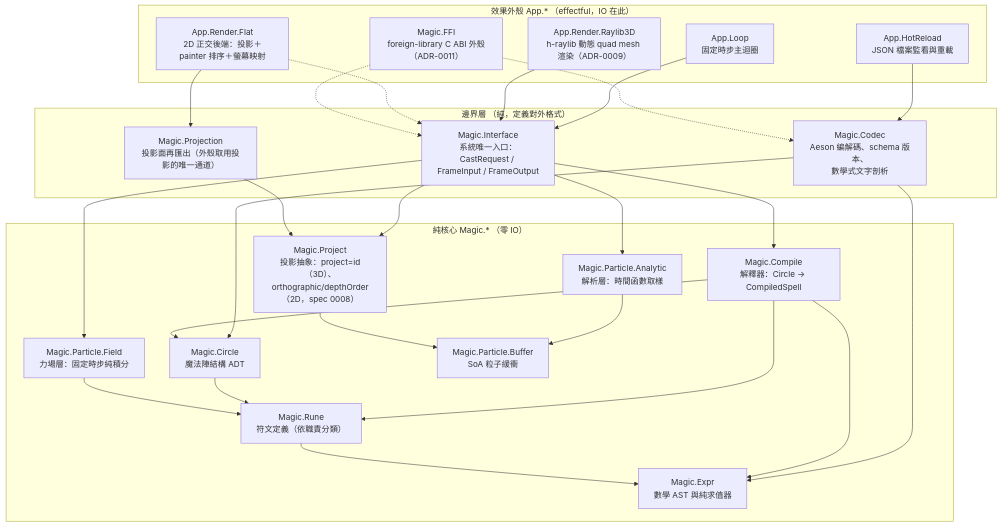
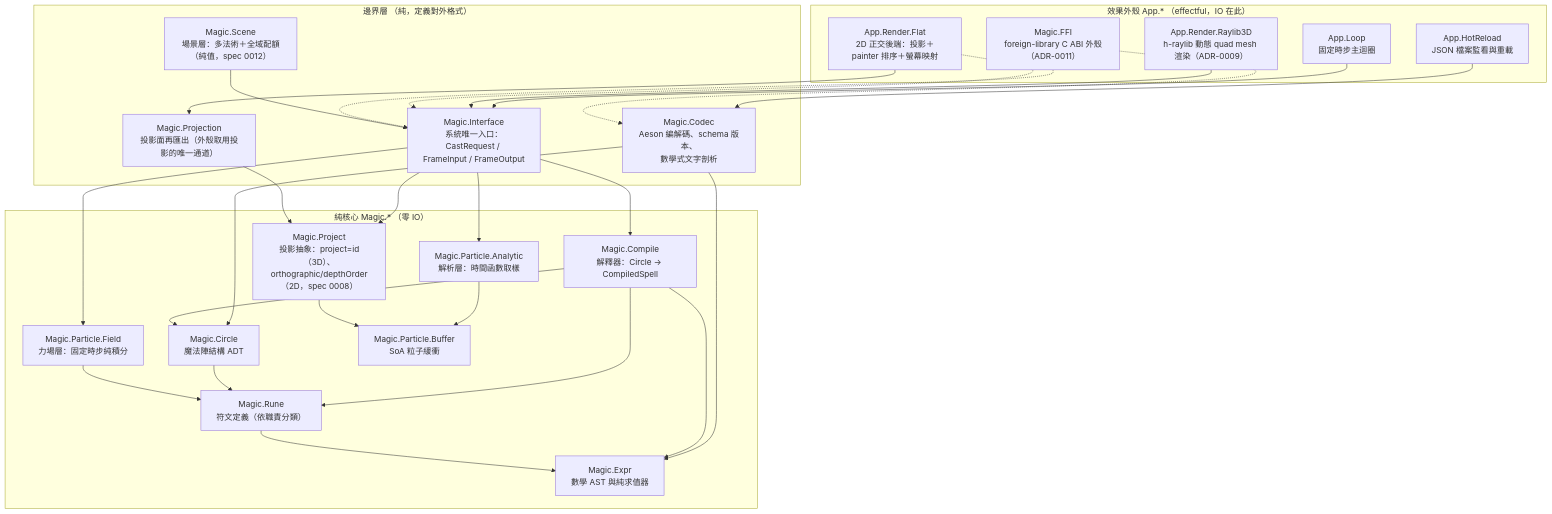
One commit to utomore/particle-magic-system changed the first of 4 diagrams in docs/architecture.md. Above: the diagram before and after it, drawn with Mermaid. The commit also changed other lines of this file and 25 other files, not shown here.

````diff
--- a/docs/architecture.md
+++ b/docs/architecture.md
@@ -39,52 +39,54 @@
 ```mermaid
 flowchart TD
     subgraph Shell["效果外殼 App.* （effectful，IO 在此）"]
         Loop["App.Loop<br/>固定時步主迴圈"]
         HotReload["App.HotReload<br/>JSON 檔案監看與重載"]
         Render3D["App.Render.Raylib3D<br/>h-raylib 動態 quad mesh 渲染（ADR-0009）"]
         Render2D["App.Render.Flat<br/>2D 正交後端：投影＋painter 排序＋螢幕映射"]
         FFIShell["Magic.FFI<br/>foreign-library C ABI 外殼（ADR-0011）"]
     end
 
     subgraph Boundary["邊界層 （純，定義對外格式）"]
         Interface["Magic.Interface<br/>系統唯一入口：<br/>CastRequest / FrameInput / FrameOutput"]
         Codec["Magic.Codec<br/>Aeson 編解碼、schema 版本、<br/>數學式文字剖析"]
         Projection["Magic.Projection<br/>投影面再匯出（外殼取用投影的唯一通道）"]
+        Scene["Magic.Scene<br/>場景層：多法術＋全域配額（純值，spec 0012）"]
     end
 
     subgraph Core["純核心 Magic.* （零 IO）"]
         Circle["Magic.Circle<br/>魔法陣結構 ADT"]
         Rune["Magic.Rune<br/>符文定義（依職責分類）"]
         Expr["Magic.Expr<br/>數學 AST 與純求值器"]
         Compile["Magic.Compile<br/>解釋器：Circle → CompiledSpell"]
         Analytic["Magic.Particle.Analytic<br/>解析層：時間函數取樣"]
         Field["Magic.Particle.Field<br/>力場層：固定時步純積分"]
         Buffer["Magic.Particle.Buffer<br/>SoA 粒子緩衝"]
         Project["Magic.Project<br/>投影抽象：project=id（3D）、<br/>orthographic/depthOrder（2D，spec 0008）"]
     end
 
     Loop --> Interface
     HotReload --> Codec
     Render3D --> Interface
     Render2D -.-> Interface
     Render2D --> Projection
     FFIShell -.-> Interface
     FFIShell -.-> Codec
 
+    Scene --> Interface
     Interface --> Compile
     Interface --> Analytic
     Interface --> Field
     Codec --> Circle
     Codec --> Expr
 
     Compile --> Circle
     Compile --> Rune
     Compile --> Expr
     Circle --> Rune
     Rune --> Expr
     Analytic --> Buffer
     Field --> Rune
     Interface --> Project
     Projection --> Project
     Project --> Buffer
 ```
````
